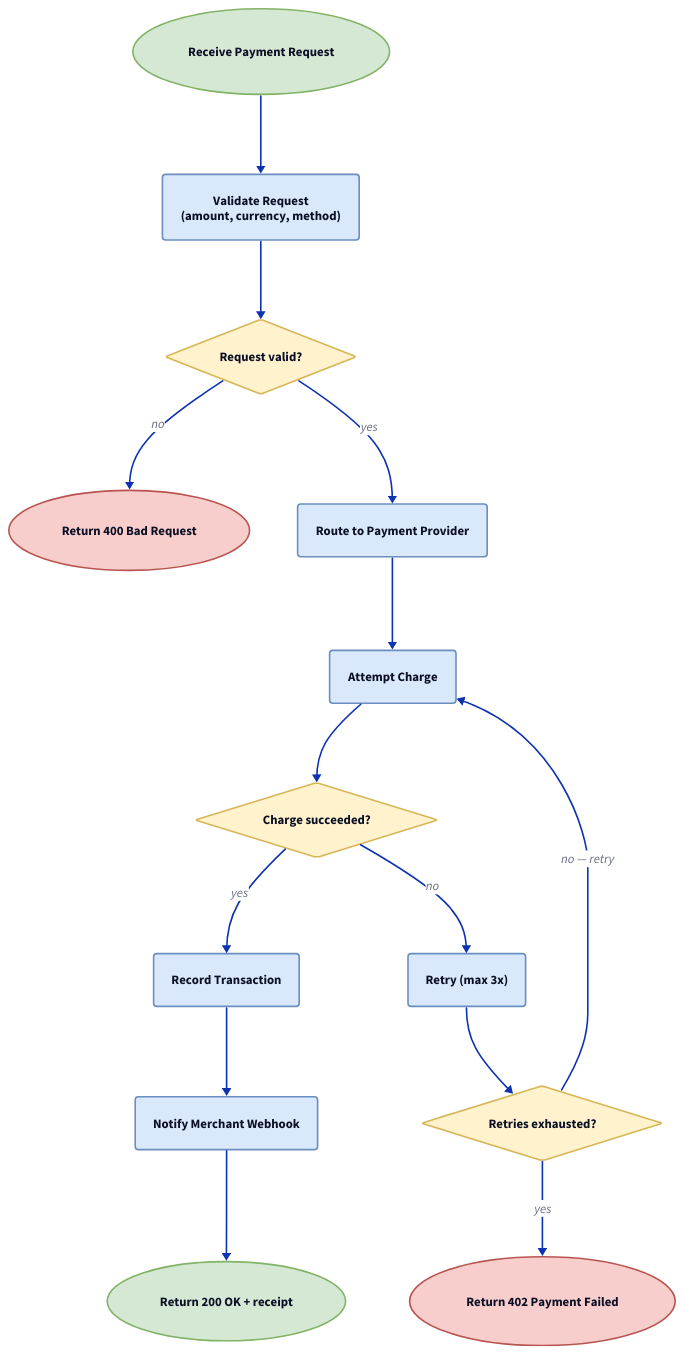
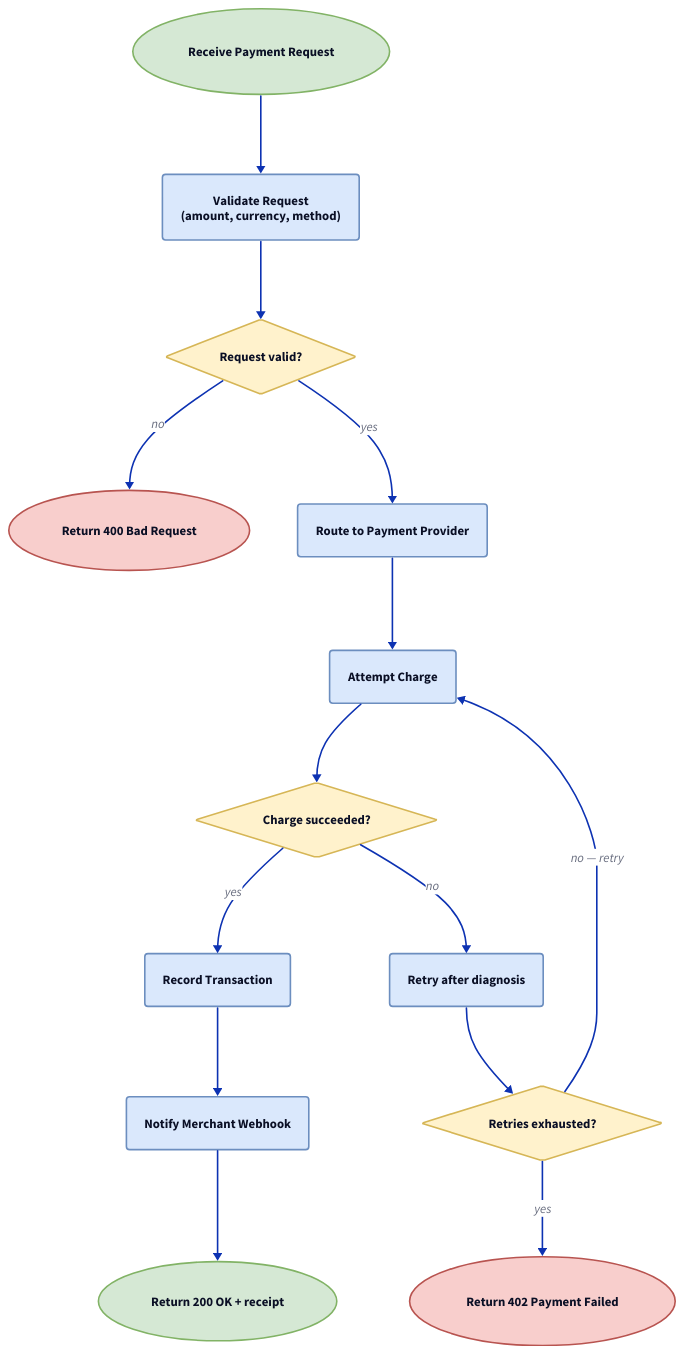
Before and after one commit to valianx/team-harness: the ninth of 9 diagrams in plugins/team-harness/skills/d2-diagram/references/patterns.md, drawn with D2. The commit also changed 98 other files, not shown here.

````diff
--- a/plugins/team-harness/skills/d2-diagram/references/patterns.md
+++ b/plugins/team-harness/skills/d2-diagram/references/patterns.md
@@ -646,65 +646,65 @@
 ```d2
 # Payment Processing Flow
 # Type: flowchart
 
 direction: down
 
 classes: {
   process: {
     style: {
       fill: "#dae8fc"
       stroke: "#6c8ebf"
       border-radius: 4
     }
   }
   decision: {
     shape: diamond
     style: {
       fill: "#fff2cc"
       stroke: "#d6b656"
     }
   }
   terminal: {
     shape: oval
     style: {
       fill: "#d5e8d4"
       stroke: "#82b366"
     }
   }
   error_terminal: {
     shape: oval
     style: {
       fill: "#f8cecc"
       stroke: "#b85450"
     }
   }
 }
 
 start: "Receive Payment Request" {class: terminal}
 validate: "Validate Request\n(amount, currency, method)" {class: process}
 valid_check: "Request valid?" {class: decision}
 reject: "Return 400 Bad Request" {class: error_terminal}
 route: "Route to Payment Provider" {class: process}
 charge: "Attempt Charge" {class: process}
 charge_check: "Charge succeeded?" {class: decision}
-retry: "Retry (max 3x)" {class: process}
+retry: "Retry after diagnosis" {class: process}
 retry_check: "Retries exhausted?" {class: decision}
 fail: "Return 402 Payment Failed" {class: error_terminal}
 record: "Record Transaction" {class: process}
 notify: "Notify Merchant Webhook" {class: process}
 success: "Return 200 OK + receipt" {class: terminal}
 
 start -> validate
 validate -> valid_check
 valid_check -> reject: "no"
 valid_check -> route: "yes"
 route -> charge
 charge -> charge_check
 charge_check -> record: "yes"
 charge_check -> retry: "no"
 retry -> retry_check
 retry_check -> charge: "no — retry"
 retry_check -> fail: "yes"
 record -> notify
 notify -> success
 ```
````
